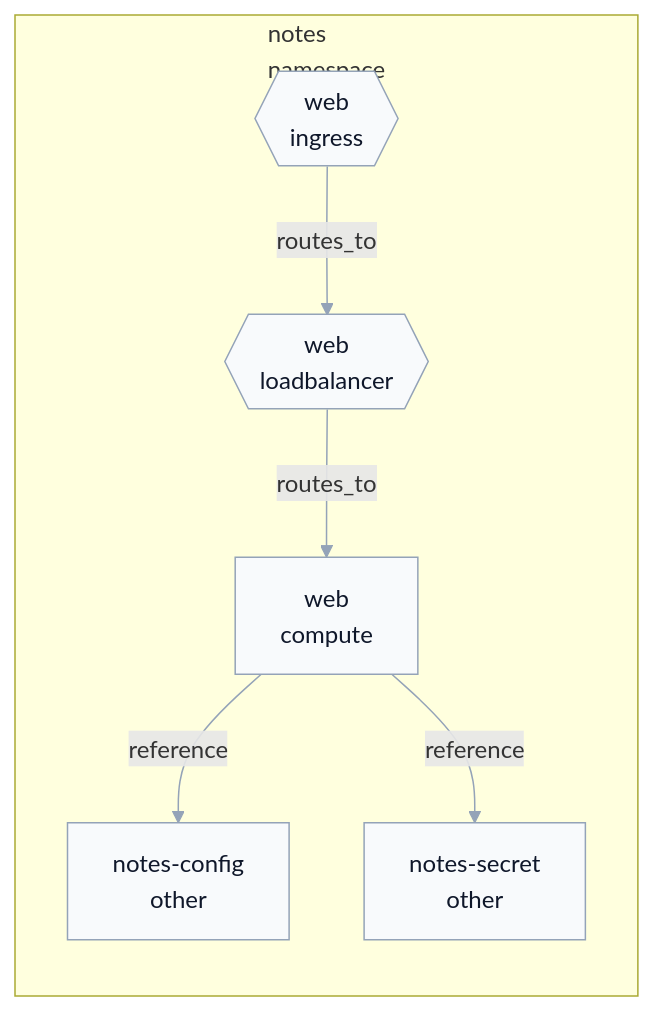
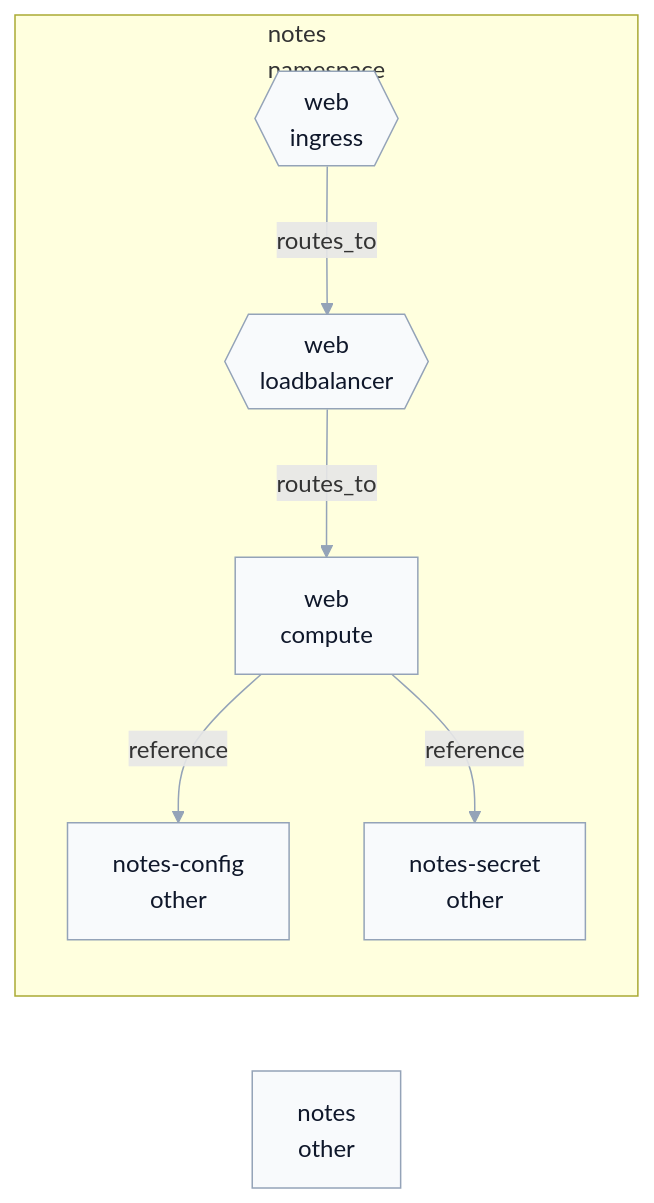
Before and after one commit to nonomnonom/infradiff: the diagram in examples/kubernetes/infradiff.mmd, drawn with Mermaid. The commit also changed 30 other files, not shown here.

```diff
--- a/examples/kubernetes/infradiff.mmd
+++ b/examples/kubernetes/infradiff.mmd
@@ -1,26 +1,28 @@
 flowchart LR
   %% +0 added, -0 removed, ~0 changed
   subgraph g_group_namespace_notes["notes<br/>namespace"]
     n_k8s_configmap_notes_notes_config["notes-config<br/>other"]
     n_k8s_deployment_notes_web["web<br/>compute"]
     n_k8s_ingress_notes_web{{"web<br/>ingress"}}
     n_k8s_secret_notes_notes_secret["notes-secret<br/>other"]
     n_k8s_service_notes_web{{"web<br/>loadbalancer"}}
   end
+  n_k8s_namespace_notes["notes<br/>other"]
   n_k8s_deployment_notes_web -->|reference| n_k8s_configmap_notes_notes_config
   n_k8s_deployment_notes_web -->|reference| n_k8s_secret_notes_notes_secret
   n_k8s_ingress_notes_web -->|routes_to| n_k8s_service_notes_web
   n_k8s_service_notes_web -->|routes_to| n_k8s_deployment_notes_web
   classDef unchanged fill:#f8fafc,stroke:#94a3b8,color:#0f172a
   classDef added fill:#dcfce7,stroke:#16a34a,color:#14532d
   classDef removed fill:#fee2e2,stroke:#dc2626,color:#7f1d1d
   classDef changed fill:#fef9c3,stroke:#ca8a04,color:#713f12
   class n_k8s_configmap_notes_notes_config unchanged
   class n_k8s_deployment_notes_web unchanged
   class n_k8s_ingress_notes_web unchanged
+  class n_k8s_namespace_notes unchanged
   class n_k8s_secret_notes_notes_secret unchanged
   class n_k8s_service_notes_web unchanged
   linkStyle 0 stroke:#94a3b8,stroke-width:1px
   linkStyle 1 stroke:#94a3b8,stroke-width:1px
   linkStyle 2 stroke:#94a3b8,stroke-width:1px
   linkStyle 3 stroke:#94a3b8,stroke-width:1px
```
